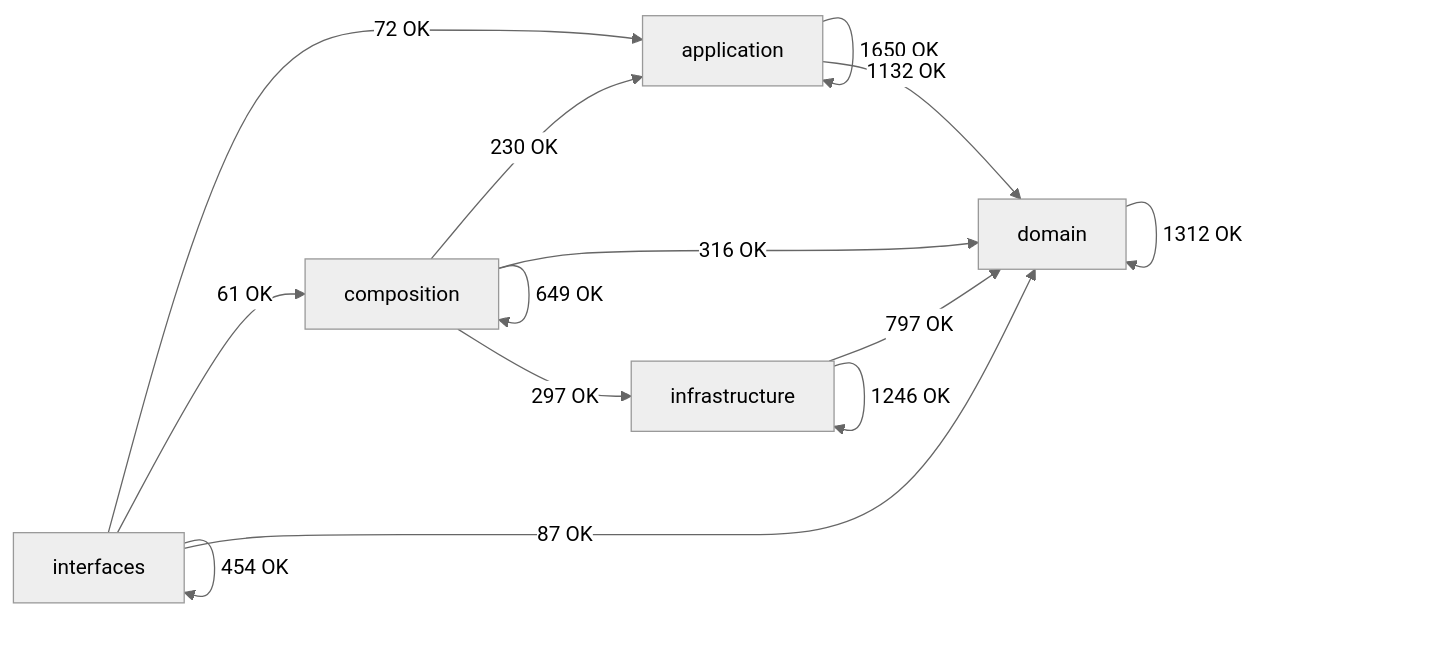
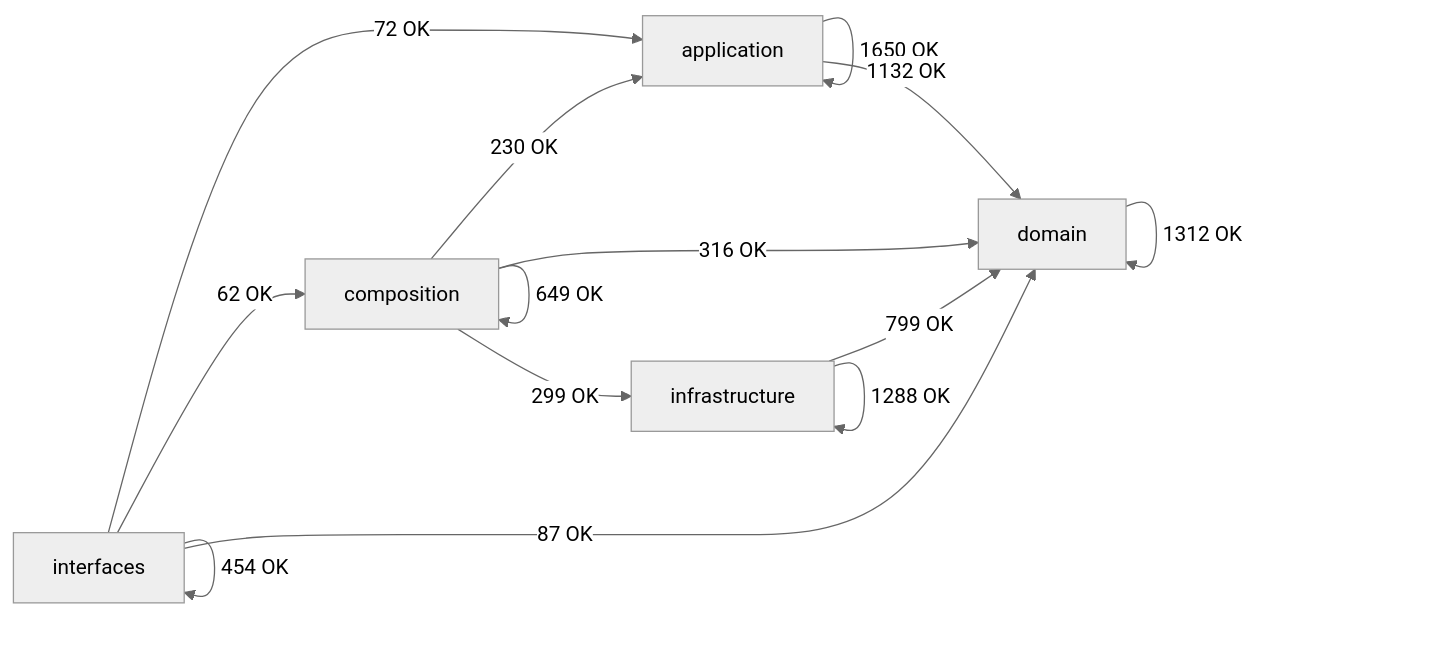
The diagram in docs/02-architecture/generated/module-dependency-map.md (SatoryKono/BioactivityDataAcquisition), drawn with Mermaid (neutral theme) before and after one commit. The commit also changed other lines of this file and 49 other files, not shown here.

````diff
--- a/docs/02-architecture/generated/module-dependency-map.md
+++ b/docs/02-architecture/generated/module-dependency-map.md
@@ -17,21 +17,21 @@
 ```mermaid
 flowchart LR
     domain[domain]
     application[application]
     infrastructure[infrastructure]
     composition[composition]
     interfaces[interfaces]
     application -->|1650 OK| application
     application -->|1132 OK| domain
     composition -->|230 OK| application
     composition -->|649 OK| composition
     composition -->|316 OK| domain
-    composition -->|297 OK| infrastructure
+    composition -->|299 OK| infrastructure
     domain -->|1312 OK| domain
-    infrastructure -->|797 OK| domain
-    infrastructure -->|1246 OK| infrastructure
+    infrastructure -->|799 OK| domain
+    infrastructure -->|1288 OK| infrastructure
     interfaces -->|72 OK| application
-    interfaces -->|61 OK| composition
+    interfaces -->|62 OK| composition
     interfaces -->|87 OK| domain
     interfaces -->|454 OK| interfaces
 ```
````
